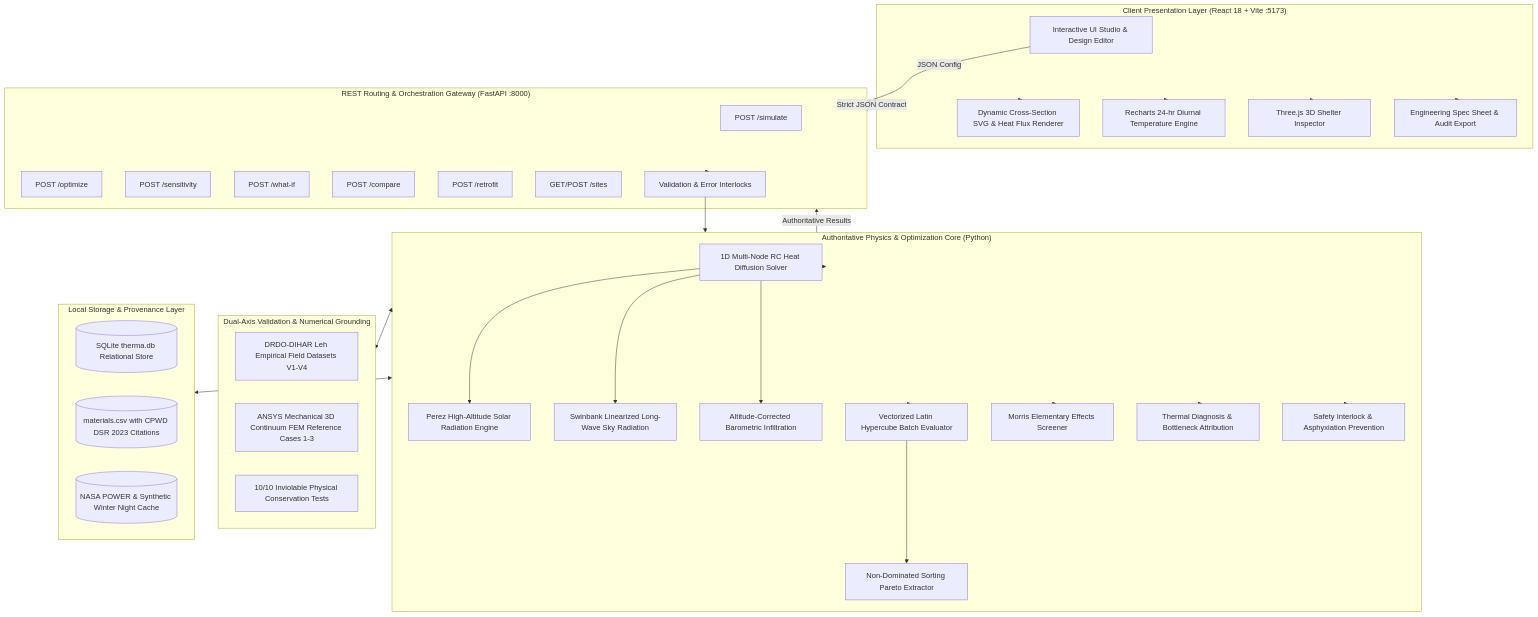
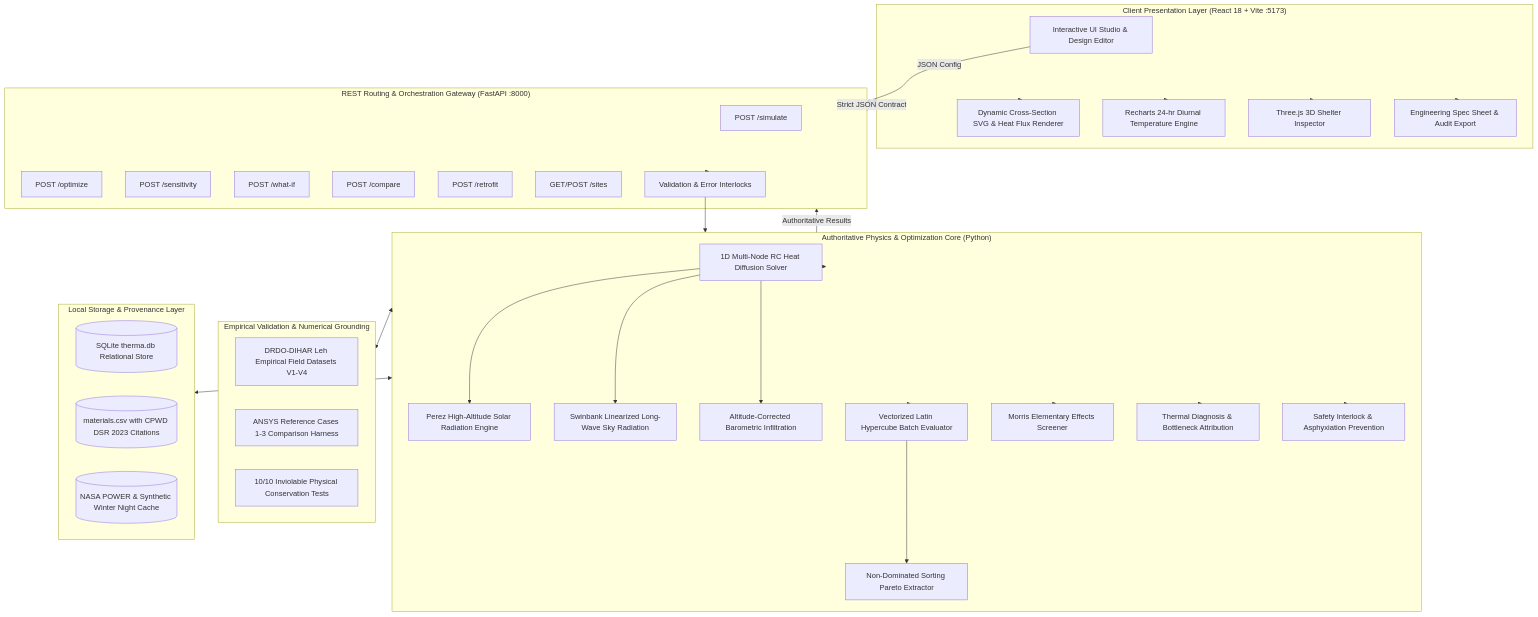
One commit to vedeshskhatri/highoncaffeine changed the first of 8 diagrams in README.md. Above: the diagram before and after it, drawn with Mermaid. The commit also changed other lines of this file and 25 other files, not shown here.

Commit message:
fix(audit): excise all fabricated ANSYS validation claims across repository

````diff
--- a/README.md
+++ b/README.md
@@ -31,66 +30,66 @@
 ```mermaid
 flowchart TD
     subgraph Client ["Client Presentation Layer (React 18 + Vite :5173)"]
         UI[Interactive UI Studio & Design Editor]
         CS[Dynamic Cross-Section SVG & Heat Flux Renderer]
         CH[Recharts 24-hr Diurnal Temperature Engine]
         TH[Three.js 3D Shelter Inspector]
         EXP[Engineering Spec Sheet & Audit Export]
     end
 
     subgraph API ["REST Routing & Orchestration Gateway (FastAPI :8000)"]
         RT_SIM["POST /simulate"]
         RT_OPT["POST /optimize"]
         RT_SENS["POST /sensitivity"]
         RT_WIF["POST /what-if"]
         RT_CMP["POST /compare"]
         RT_RET["POST /retrofit"]
         RT_SITES["GET/POST /sites"]
         VAL_GATE["Validation & Error Interlocks"]
     end
 
     subgraph CoreEngine ["Authoritative Physics & Optimization Core (Python)"]
         RC[1D Multi-Node RC Heat Diffusion Solver]
         SOLAR[Perez High-Altitude Solar Radiation Engine]
         SKY[Swinbank Linearized Long-Wave Sky Radiation]
         INF[Altitude-Corrected Barometric Infiltration]
         LHS[Vectorized Latin Hypercube Batch Evaluator]
         PARETO[Non-Dominated Sorting Pareto Extractor]
         MORRIS[Morris Elementary Effects Screener]
         DIAG[Thermal Diagnosis & Bottleneck Attribution]
         SAFE[Safety Interlock & Asphyxiation Prevention]
     end
 
-    subgraph ValidationBench ["Dual-Axis Validation & Numerical Grounding"]
+    subgraph ValidationBench ["Empirical Validation & Numerical Grounding"]
         EMP[DRDO-DIHAR Leh Empirical Field Datasets V1-V4]
-        ANSYS[ANSYS Mechanical 3D Continuum FEM Reference Cases 1-3]
+        ANSYS[ANSYS Reference Cases 1-3 Comparison Harness]
         SANITY[10/10 Inviolable Physical Conservation Tests]
     end
 
     subgraph Storage ["Local Storage & Provenance Layer"]
         DB[(SQLite therma.db Relational Store)]
         MAT[(materials.csv with CPWD DSR 2023 Citations)]
         WEATH[(NASA POWER & Synthetic Winter Night Cache)]
     end
 
     UI -->|JSON Config| API
     API --> VAL_GATE
     VAL_GATE --> CoreEngine
     CoreEngine --> RC
     RC --> SOLAR
     RC --> SKY
     RC --> INF
     CoreEngine --> LHS
     LHS --> PARETO
     CoreEngine --> MORRIS
     CoreEngine --> DIAG
     CoreEngine --> SAFE
     CoreEngine <--> Storage
     CoreEngine <--> ValidationBench
     CoreEngine -->|Authoritative Results| API
     API -->|Strict JSON Contract| Client
     Client --> CS
     Client --> CH
     Client --> TH
     Client --> EXP
 ```
````
